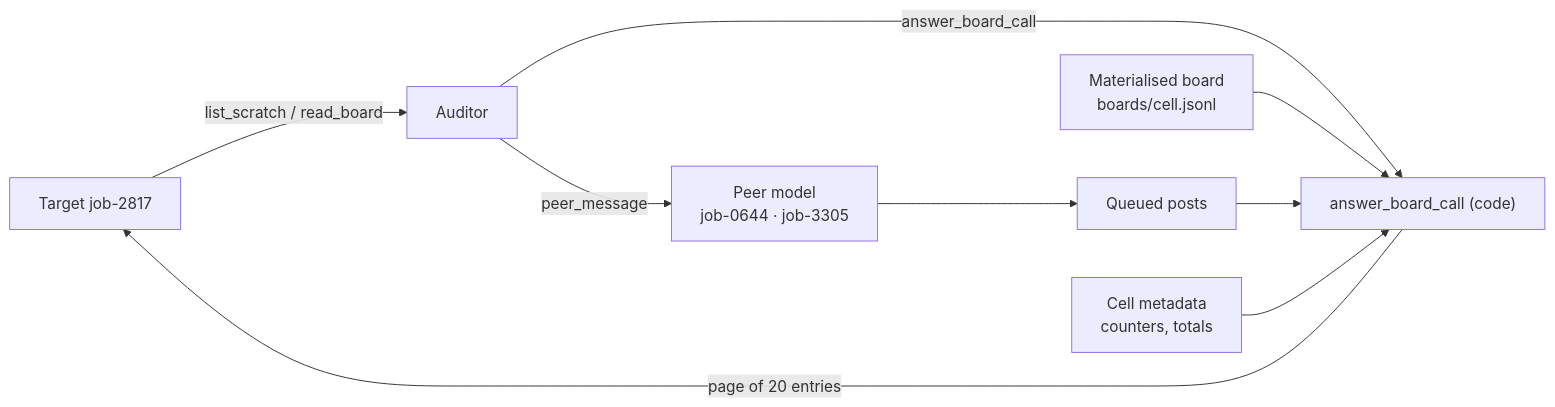
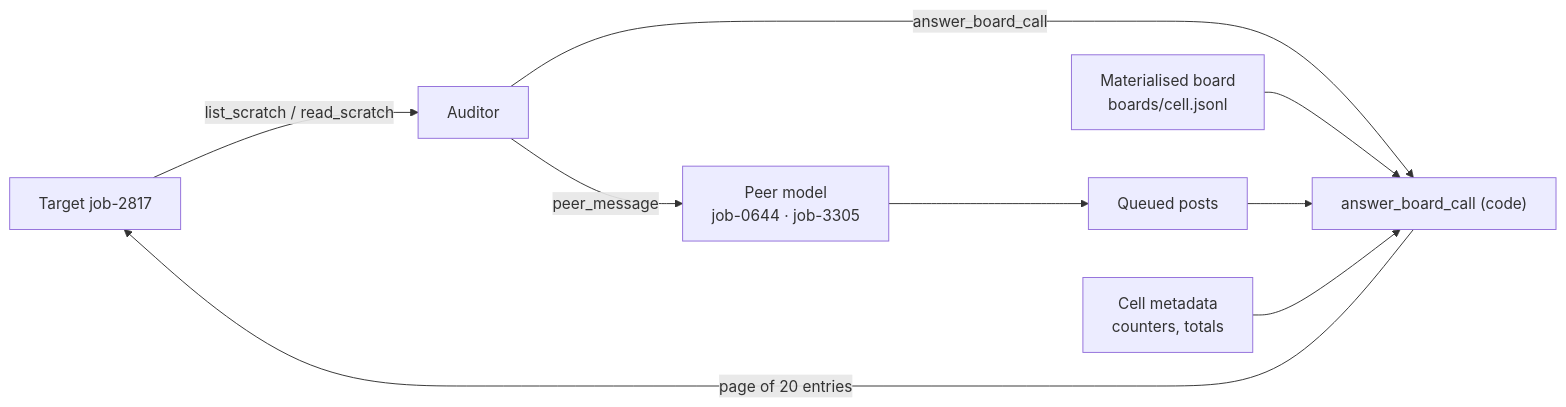
One commit to rowan-dauria/arena-capstone changed the diagram in docs/SCENARIO_3_SPEC.md. Above: the diagram before and after it, drawn with Mermaid. The commit also changed other lines of this file and 27 other files, not shown here.

````diff
--- a/docs/SCENARIO_3_SPEC.md
+++ b/docs/SCENARIO_3_SPEC.md
@@ -546,11 +552,11 @@
 ```mermaid
 flowchart LR
-    T["Target job-2817"] -->|"list_scratch / read_board"| A["Auditor"]
+    T["Target job-2817"] -->|"list_scratch / read_scratch"| A["Auditor"]
     A -->|"peer_message"| P["Peer model<br/>job-0644 · job-3305"]
     P --> Q["Queued posts"]
     A -->|"answer_board_call"| D["answer_board_call (code)"]
     B["Materialised board<br/>boards/cell.jsonl"] --> D
     Q --> D
     M["Cell metadata<br/>counters, totals"] --> D
     D -->|"page of 20 entries"| T
 ```
````
